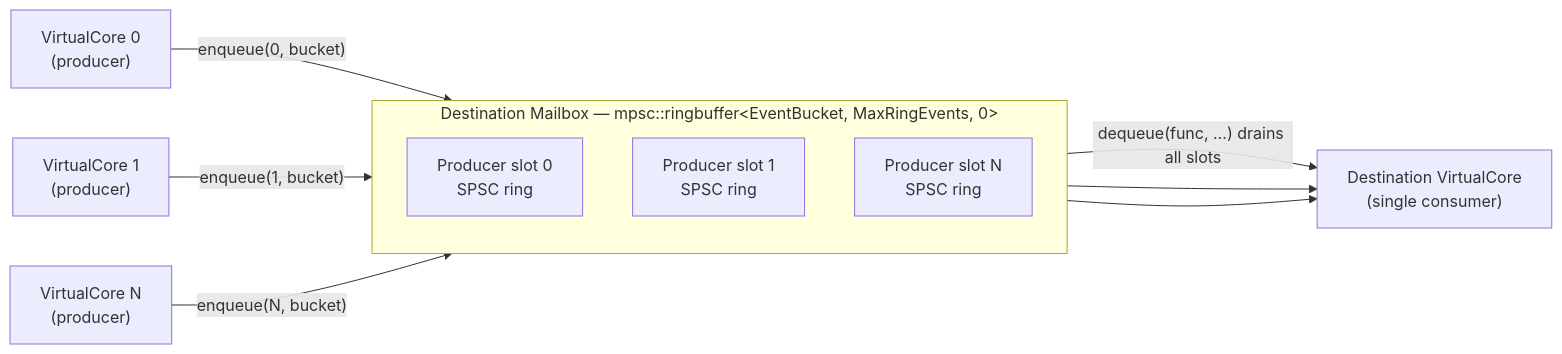
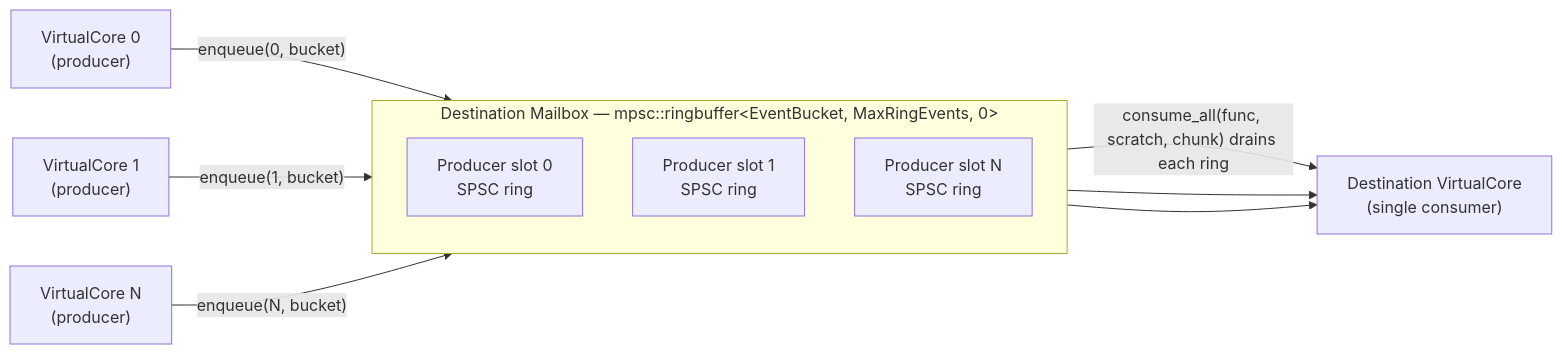
The diagram in readme/0_foundations/concurrency_primitives.md (isndev/qb), drawn with Mermaid before and after one commit. The commit also changed other lines of this file and 7 other files, not shown here.

````diff
--- a/readme/0_foundations/concurrency_primitives.md
+++ b/readme/0_foundations/concurrency_primitives.md
@@ -139,19 +139,19 @@
 ```mermaid
 flowchart LR
     P0["VirtualCore 0<br/>(producer)"]
     P1["VirtualCore 1<br/>(producer)"]
     PN["VirtualCore N<br/>(producer)"]
     subgraph MB["Destination Mailbox — mpsc::ringbuffer&lt;EventBucket, MaxRingEvents, 0&gt;"]
         direction TB
         R0["Producer slot 0<br/>SPSC ring"]
         R1["Producer slot 1<br/>SPSC ring"]
         RN["Producer slot N<br/>SPSC ring"]
     end
     DC["Destination VirtualCore<br/>(single consumer)"]
     P0 -- "enqueue(0, bucket)" --> R0
     P1 -- "enqueue(1, bucket)" --> R1
     PN -- "enqueue(N, bucket)" --> RN
-    R0 -- "dequeue(func, …) drains all slots" --> DC
+    R0 -- "consume_all(func, scratch, chunk) drains each ring" --> DC
     R1 --> DC
     RN --> DC
 ```
````
